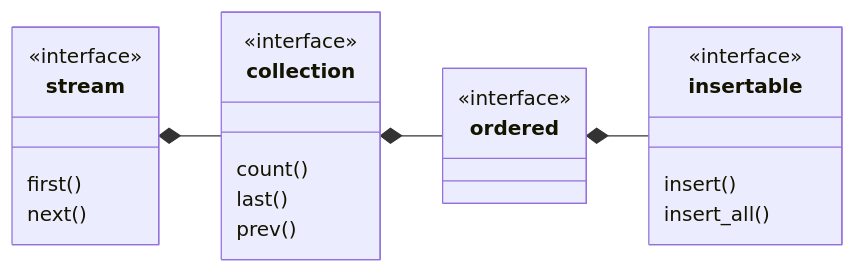
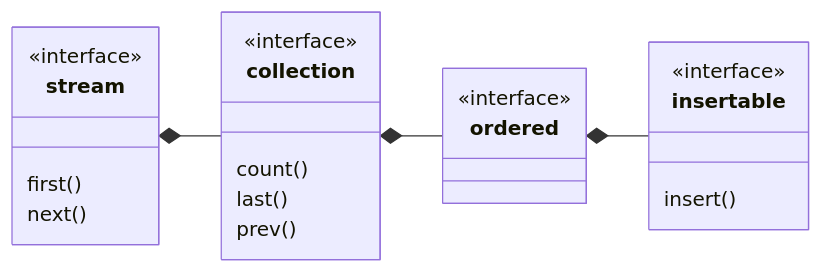
Before and after one commit to pretore/aquarium-butterflyfish: the diagram in doc/insertable.md, drawn with Mermaid. The commit also changed other lines of this file and 387 other files, not shown here.

````diff
--- a/doc/insertable.md
+++ b/doc/insertable.md
@@ -3,25 +3,24 @@
 ```mermaid
 classDiagram
     direction LR
     class stream {
         first()
         next()
     }
     <<interface>> stream
     class collection {
         count()
         last()
         prev()
     }
     <<interface>> collection
     stream *-- collection
     class ordered 
     <<interface>> ordered
     collection *-- ordered
     class insertable {
         insert()
-        insert_all()
     }
     <<interface>> insertable
     ordered *-- insertable
 ```
````
